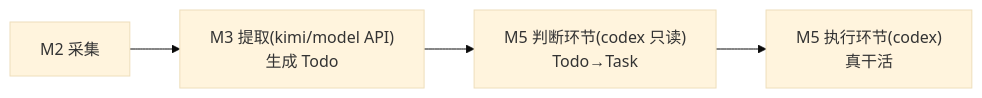
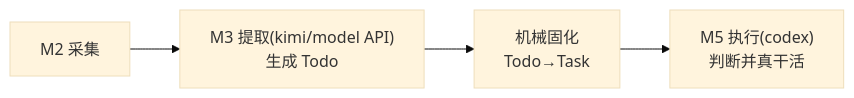
Before and after one commit to mjscjj/jarvis: the first of 2 diagrams in docs/design-context-pipeline.md, drawn with Mermaid (base theme). The commit also changed other lines of this file and 98 other files, not shown here.

````diff
--- a/docs/design-context-pipeline.md
+++ b/docs/design-context-pipeline.md
@@ -55,6 +55,6 @@
 ```mermaid
 flowchart LR
     M2["M2 采集"] --> M3["M3 提取(kimi/model API)<br/>生成 Todo"]
-    M3 --> D5["M5 判断环节(codex 只读)<br/>Todo→Task"]
-    D5 --> M5["M5 执行环节(codex)<br/>真干活"]
+    M3 --> D5["机械固化<br/>Todo→Task"]
+    D5 --> M5["M5 执行(codex)<br/>判断并真干活"]
 ```
````
